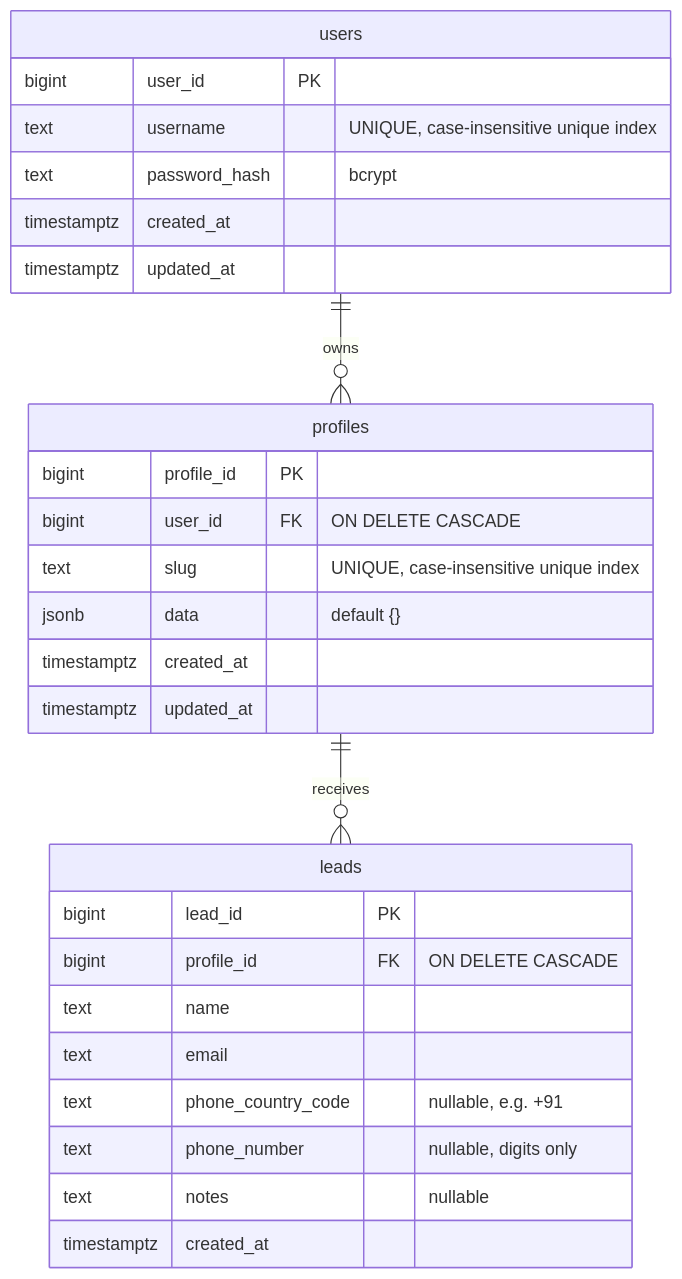
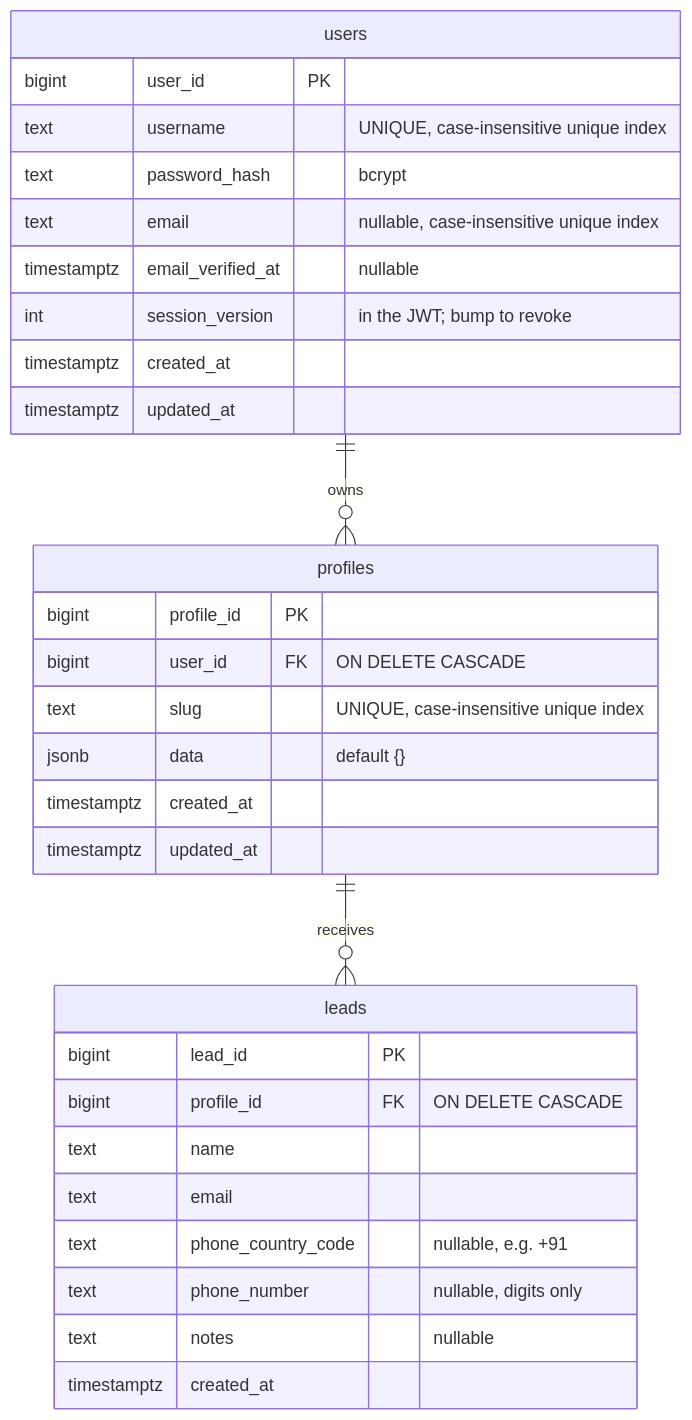
Before and after one commit to faiz-gh/fronko: the diagram in backend/README.md, drawn with Mermaid. The commit also changed other lines of this file and 40 other files, not shown here.

Commit message:
Added email verification and password reset options in the auth flow, also added the change password option in the settings

````diff
--- a/backend/README.md
+++ b/backend/README.md
@@ -162,31 +171,34 @@
 ```mermaid
 erDiagram
     users ||--o{ profiles : owns
     profiles ||--o{ leads : receives
 
     users {
         bigint user_id PK
         text username "UNIQUE, case-insensitive unique index"
         text password_hash "bcrypt"
+        text email "nullable, case-insensitive unique index"
+        timestamptz email_verified_at "nullable"
+        int session_version "in the JWT; bump to revoke"
         timestamptz created_at
         timestamptz updated_at
     }
     profiles {
         bigint profile_id PK
         bigint user_id FK "ON DELETE CASCADE"
         text slug "UNIQUE, case-insensitive unique index"
         jsonb data "default {}"
         timestamptz created_at
         timestamptz updated_at
     }
     leads {
         bigint lead_id PK
         bigint profile_id FK "ON DELETE CASCADE"
         text name
         text email
         text phone_country_code "nullable, e.g. +91"
         text phone_number "nullable, digits only"
         text notes "nullable"
         timestamptz created_at
     }
 ```
````
